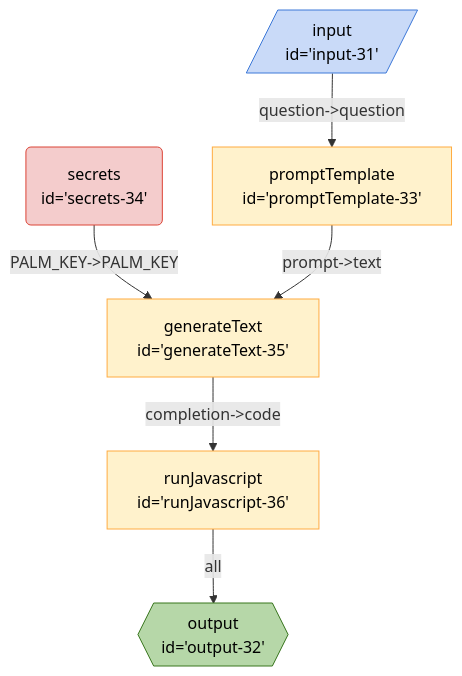
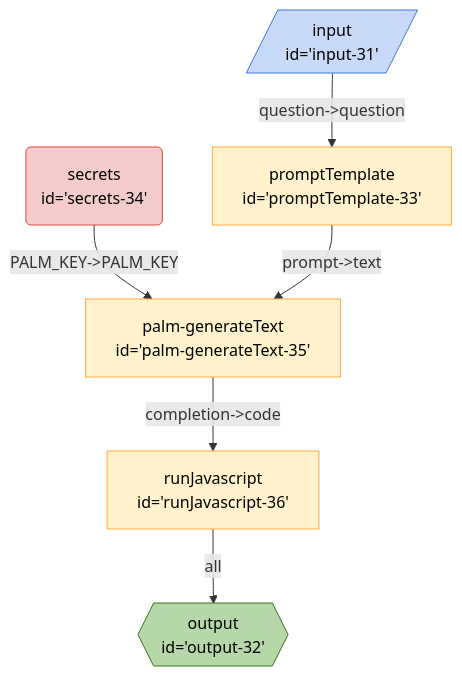
Before and after one commit to breadboard-ai/breadboard: the diagram in seeds/breadboard-web/docs/graphs/new/math-chain.md, drawn with Mermaid. The commit also changed 55 other files, not shown here.

````diff
--- a/seeds/breadboard-web/docs/graphs/new/math-chain.md
+++ b/seeds/breadboard-web/docs/graphs/new/math-chain.md
@@ -3,17 +3,17 @@
 ```mermaid
 %%{init: 'themeVariables': { 'fontFamily': 'Fira Code, monospace' }}%%
 graph TD;
 runJavascript36["runJavascript <br> id='runJavascript-36'"] -- all --> output32{{"output <br> id='output-32'"}}:::output
-generateText35["generateText <br> id='generateText-35'"] -- "completion->code" --> runJavascript36["runJavascript <br> id='runJavascript-36'"]
-secrets34("secrets <br> id='secrets-34'"):::secrets -- "PALM_KEY->PALM_KEY" --> generateText35["generateText <br> id='generateText-35'"]
-promptTemplate33["promptTemplate <br> id='promptTemplate-33'"] -- "prompt->text" --> generateText35["generateText <br> id='generateText-35'"]
+palmgenerateText35["palm-generateText <br> id='palm-generateText-35'"] -- "completion->code" --> runJavascript36["runJavascript <br> id='runJavascript-36'"]
+secrets34("secrets <br> id='secrets-34'"):::secrets -- "PALM_KEY->PALM_KEY" --> palmgenerateText35["palm-generateText <br> id='palm-generateText-35'"]
+promptTemplate33["promptTemplate <br> id='promptTemplate-33'"] -- "prompt->text" --> palmgenerateText35["palm-generateText <br> id='palm-generateText-35'"]
 input31[/"input <br> id='input-31'"/]:::input -- "question->question" --> promptTemplate33["promptTemplate <br> id='promptTemplate-33'"]
 classDef default stroke:#ffab40,fill:#fff2ccff,color:#000
 classDef input stroke:#3c78d8,fill:#c9daf8ff,color:#000
 classDef output stroke:#38761d,fill:#b6d7a8ff,color:#000
 classDef passthrough stroke:#a64d79,fill:#ead1dcff,color:#000
 classDef slot stroke:#a64d79,fill:#ead1dcff,color:#000
 classDef config stroke:#a64d79,fill:#ead1dcff,color:#000
 classDef secrets stroke:#db4437,fill:#f4cccc,color:#000
 classDef slotted stroke:#a64d79
 ```
````
